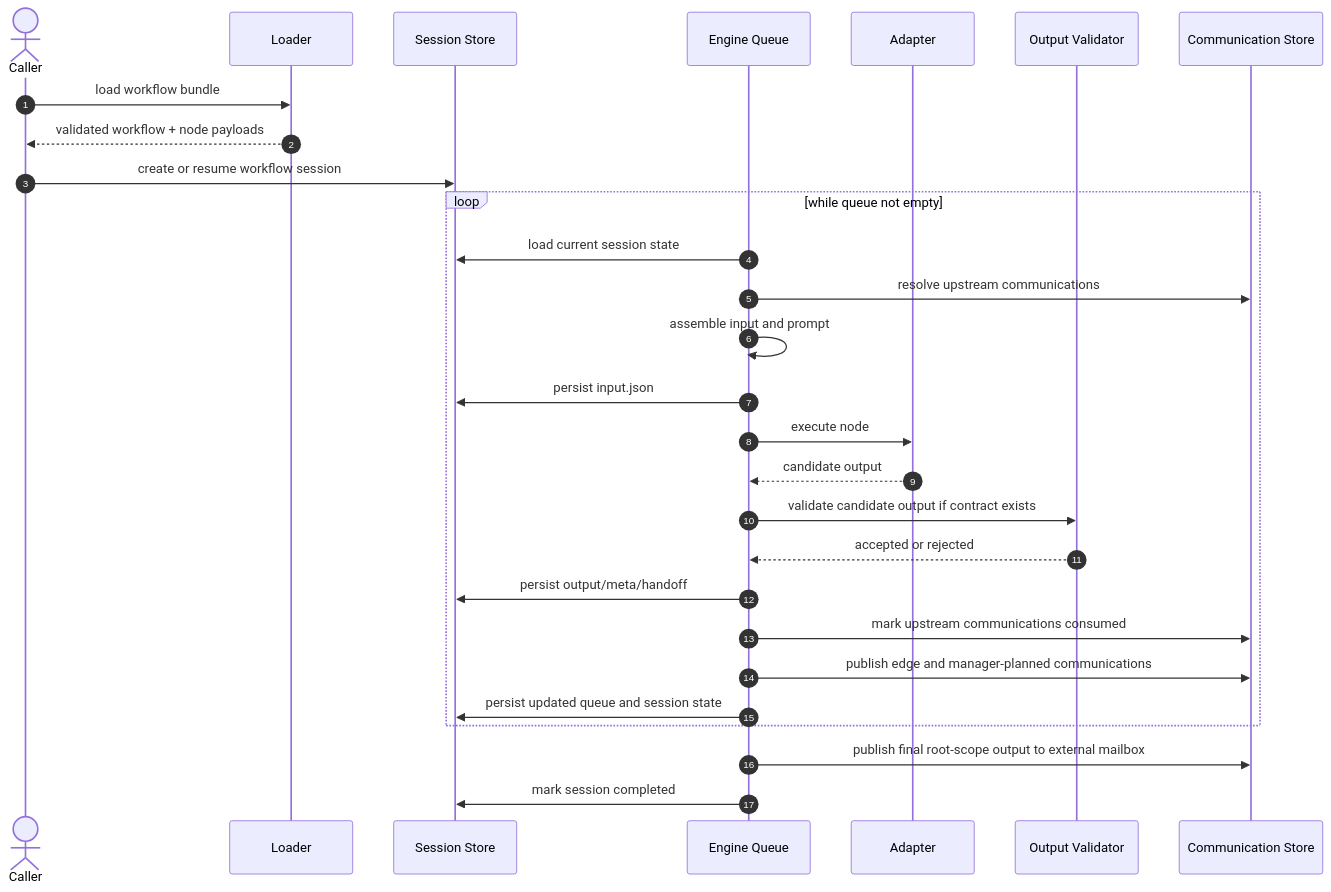
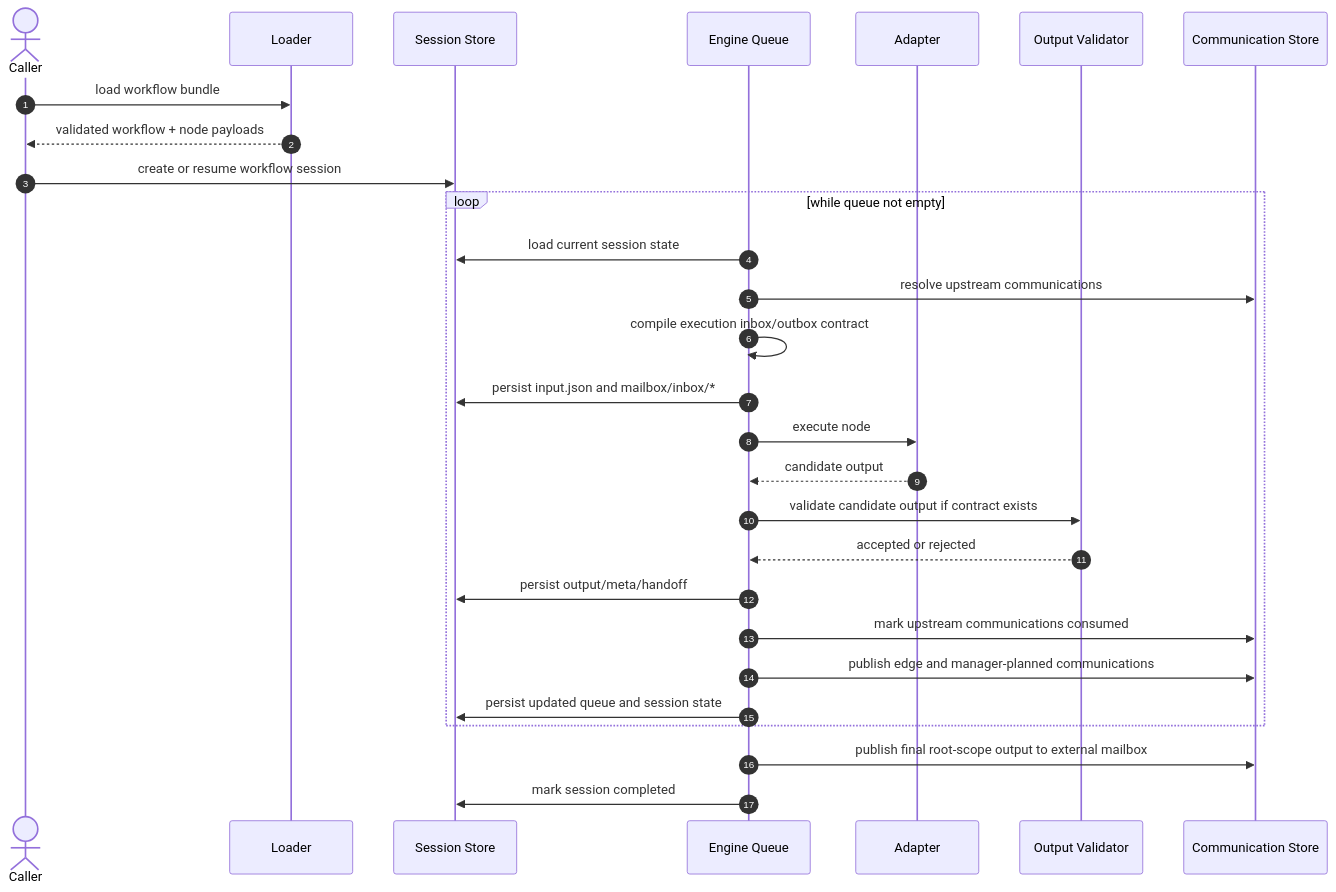
Before and after one commit to tacogips/oyakata: the diagram in design-docs/specs/architecture.md, drawn with Mermaid. The commit also changed other lines of this file and 19 other files, not shown here.

````diff
--- a/design-docs/specs/architecture.md
+++ b/design-docs/specs/architecture.md
@@ -204,33 +204,33 @@
 ```mermaid
 sequenceDiagram
     autonumber
     actor U as Caller
     participant L as Loader
     participant S as Session Store
     participant E as Engine Queue
     participant A as Adapter
     participant V as Output Validator
     participant C as Communication Store
 
     U->>L: load workflow bundle
     L-->>U: validated workflow + node payloads
     U->>S: create or resume workflow session
 
     loop while queue not empty
         E->>S: load current session state
         E->>C: resolve upstream communications
-        E->>E: assemble input and prompt
-        E->>S: persist input.json
+        E->>E: compile execution inbox/outbox contract
+        E->>S: persist input.json and mailbox/inbox/*
         E->>A: execute node
         A-->>E: candidate output
         E->>V: validate candidate output if contract exists
         V-->>E: accepted or rejected
         E->>S: persist output/meta/handoff
         E->>C: mark upstream communications consumed
         E->>C: publish edge and manager-planned communications
         E->>S: persist updated queue and session state
     end
 
     E->>C: publish final root-scope output to external mailbox
     E->>S: mark session completed
 ```
````
